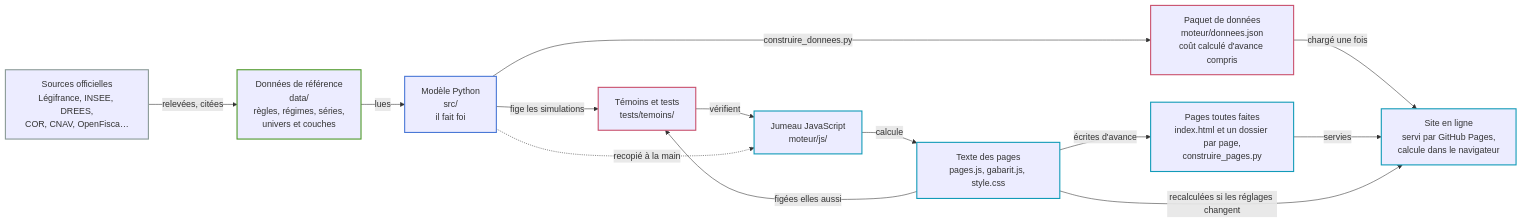
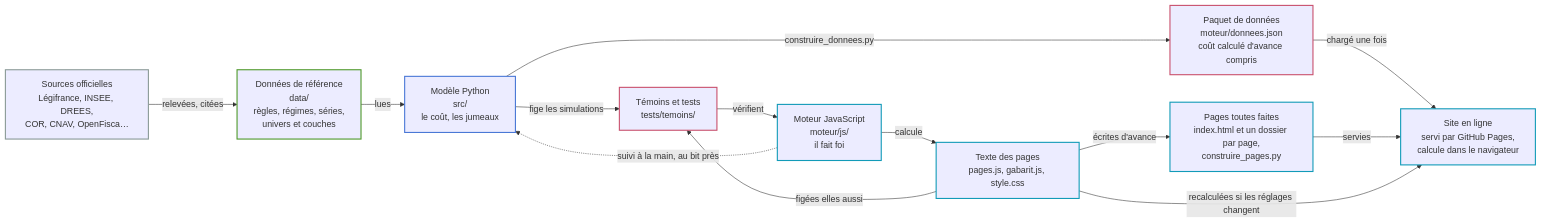
Before and after one commit to g-pliberal/retraitecomptenotionelle: the first of 4 diagrams in docs/carte_du_depot.md, drawn with Mermaid. The commit also changed other lines of this file and 13 other files, not shown here.

First line of the commit message:
Action 161 : le JavaScript fait foi, son jumeau Python le suit au bit près

````diff
--- a/docs/carte_du_depot.md
+++ b/docs/carte_du_depot.md
@@ -33,36 +33,36 @@
 ```mermaid
 flowchart LR
   sources["Sources officielles<br/>Légifrance, INSEE, DREES,<br/>COR, CNAV, OpenFisca…"]
   donnees["Données de référence<br/>data/<br/>règles, régimes, séries,<br/>univers et couches"]
-  python["Modèle Python<br/>src/<br/>il fait foi"]
+  python["Modèle Python<br/>src/<br/>le coût, les jumeaux"]
   paquet["Paquet de données<br/>moteur/donnees.json<br/>coût calculé d'avance compris"]
   temoins["Témoins et tests<br/>tests/temoins/"]
-  jumeau["Jumeau JavaScript<br/>moteur/js/"]
+  jumeau["Moteur JavaScript<br/>moteur/js/<br/>il fait foi"]
   pages["Texte des pages<br/>pages.js, gabarit.js, style.css"]
   toutes["Pages toutes faites<br/>index.html et un dossier par page,<br/>construire_pages.py"]
   site["Site en ligne<br/>servi par GitHub Pages,<br/>calcule dans le navigateur"]
 
   sources -->|"relevées, citées"| donnees
   donnees -->|"lues"| python
   python -->|"construire_donnees.py"| paquet
   paquet -->|"chargé une fois"| site
   python -->|"fige les simulations"| temoins
   pages -->|"figées elles aussi"| temoins
   temoins -->|"vérifient"| jumeau
-  python -.->|"recopié à la main"| jumeau
+  jumeau -.->|"suivi à la main, au bit près"| python
   jumeau -->|"calcule"| pages
   pages -->|"écrites d'avance"| toutes
   toutes -->|"servies"| site
   pages -->|"recalculées si les réglages changent"| site
 
   classDef z_dehors stroke:#8a9a97,stroke-width:2px
   classDef z_donnees stroke:#4f9a2b,stroke-width:2px
   classDef z_modele stroke:#4a78d6,stroke-width:2px
   classDef z_site stroke:#129bb8,stroke-width:2px
   classDef z_atelier stroke:#c9506d,stroke-width:2px
   class sources z_dehors
   class donnees z_donnees
   class python z_modele
   class paquet,temoins z_atelier
   class jumeau,pages,toutes,site z_site
 ```
````
